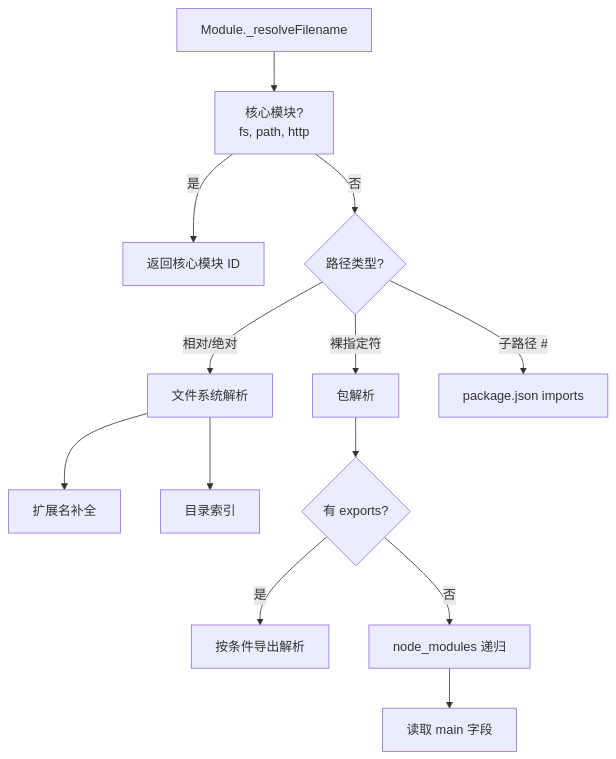
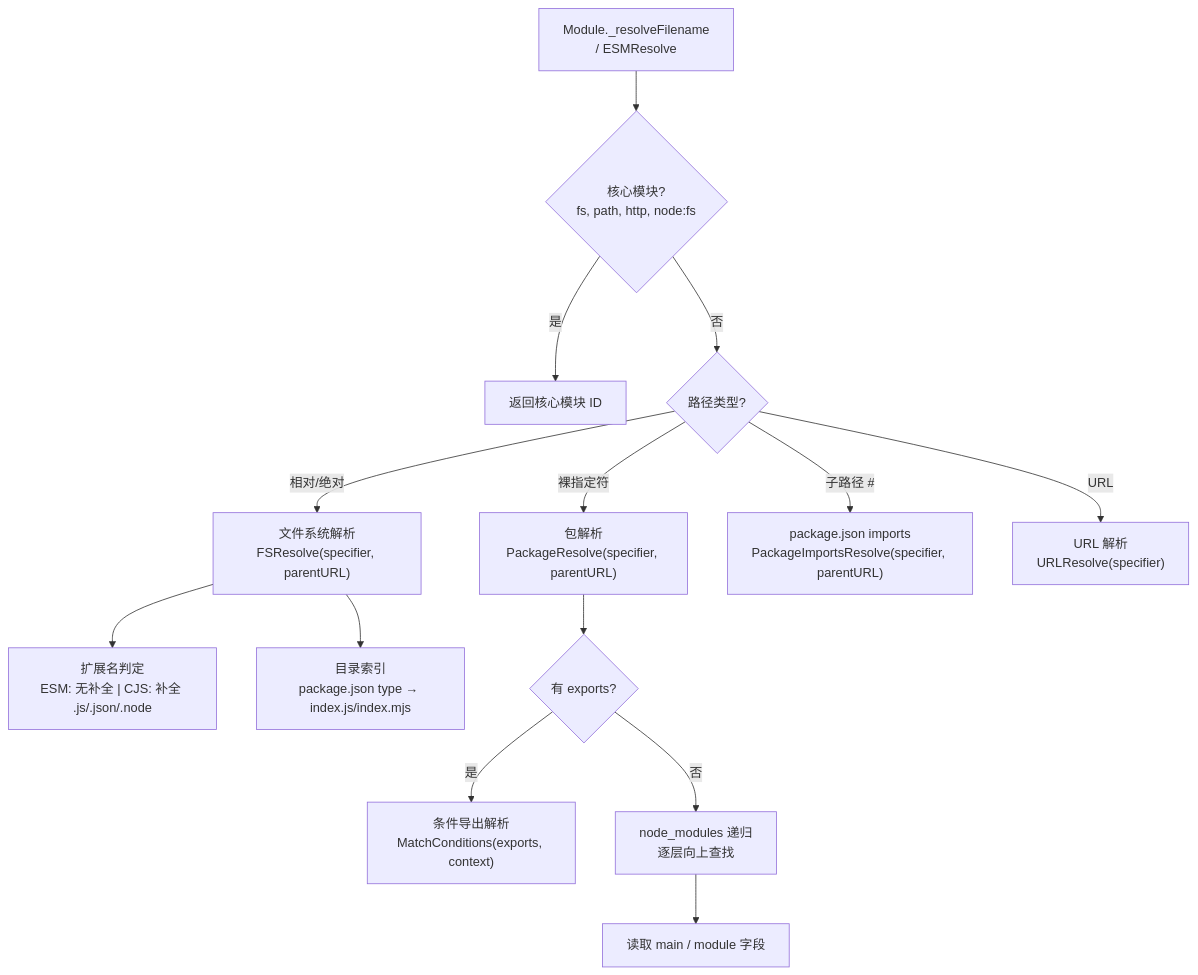
One commit to AdaMartin18010/JavaScriptTypeScript changed the second of 5 diagrams in 10-fundamentals/10.4-module-system/code-examples/05-module-resolution.md. Above: the diagram before and after it, drawn with Mermaid. The commit also changed other lines of this file and 217 other files, not shown here.

````diff
--- a/10-fundamentals/10.4-module-system/code-examples/05-module-resolution.md
+++ b/10-fundamentals/10.4-module-system/code-examples/05-module-resolution.md
@@ -74,18 +102,19 @@
 ```mermaid
 graph TD
-    Resolve["Module._resolveFilename"] --> Core["核心模块?<br/>fs, path, http"]
+    Resolve["Module._resolveFilename<br/>/ ESMResolve"] --> Core{"核心模块?<br/>fs, path, http, node:fs"}
     Core -->|是| ReturnCore["返回核心模块 ID"]
     Core -->|否| PathType{"路径类型?"}
 
-    PathType -->|相对/绝对| FileResolve["文件系统解析"]
-    PathType -->|裸指定符| PackageResolve["包解析"]
-    PathType -->|子路径 #| ImportsResolve["package.json imports"]
+    PathType -->|相对/绝对| FileResolve["文件系统解析<br/>FSResolve(specifier, parentURL)"]
+    PathType -->|裸指定符| PackageResolve["包解析<br/>PackageResolve(specifier, parentURL)"]
+    PathType -->|子路径 #| ImportsResolve["package.json imports<br/>PackageImportsResolve(specifier, parentURL)"]
+    PathType -->|URL| URLResolve["URL 解析<br/>URLResolve(specifier)"]
 
-    FileResolve --> ExtCheck["扩展名补全"]
-    FileResolve --> DirIndex["目录索引"]
+    FileResolve --> ExtCheck["扩展名判定<br/>ESM: 无补全 | CJS: 补全 .js/.json/.node"]
+    FileResolve --> DirIndex["目录索引<br/>package.json type → index.js/index.mjs"]
 
     PackageResolve --> ExportsCheck{"有 exports?"}
-    ExportsCheck -->|是| ExportsResolve["按条件导出解析"]
-    ExportsCheck -->|否| NodeModules["node_modules 递归"]
-    NodeModules --> MainField["读取 main 字段"]
+    ExportsCheck -->|是| ExportsResolve["条件导出解析<br/>MatchConditions(exports, context)"]
+    ExportsCheck -->|否| NodeModules["node_modules 递归<br/>逐层向上查找"]
+    NodeModules --> MainField["读取 main / module 字段"]
 ```
````
